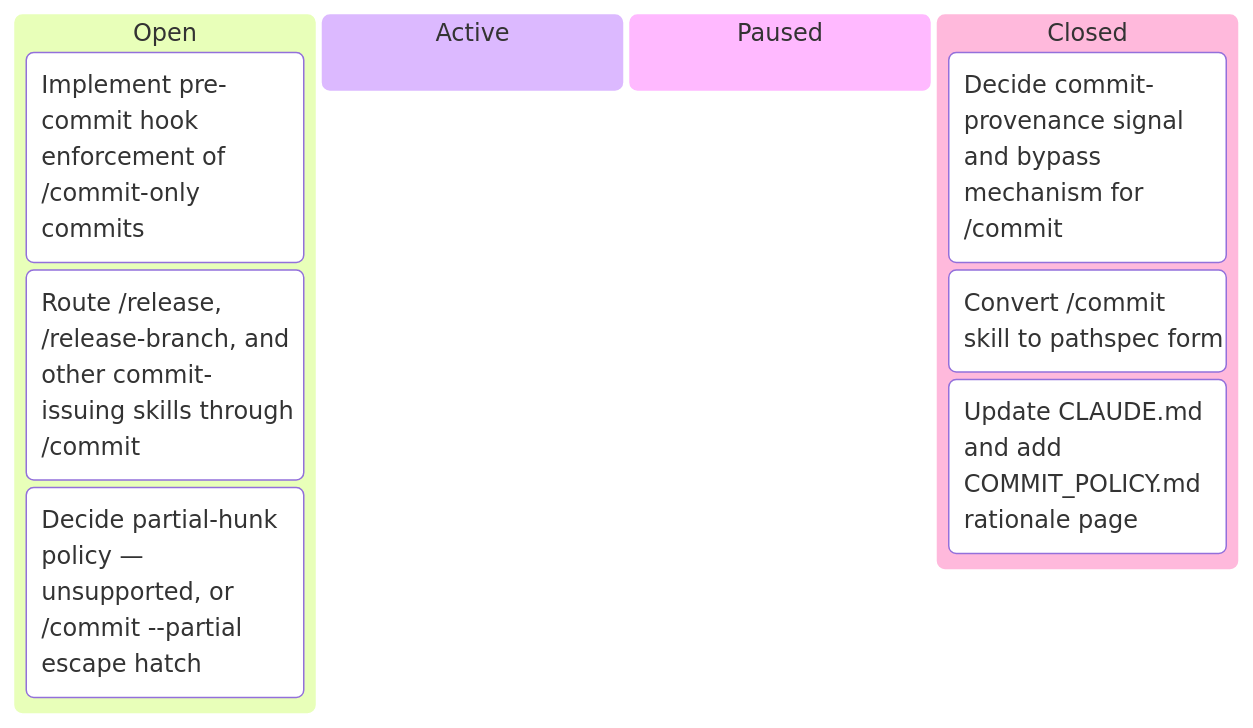
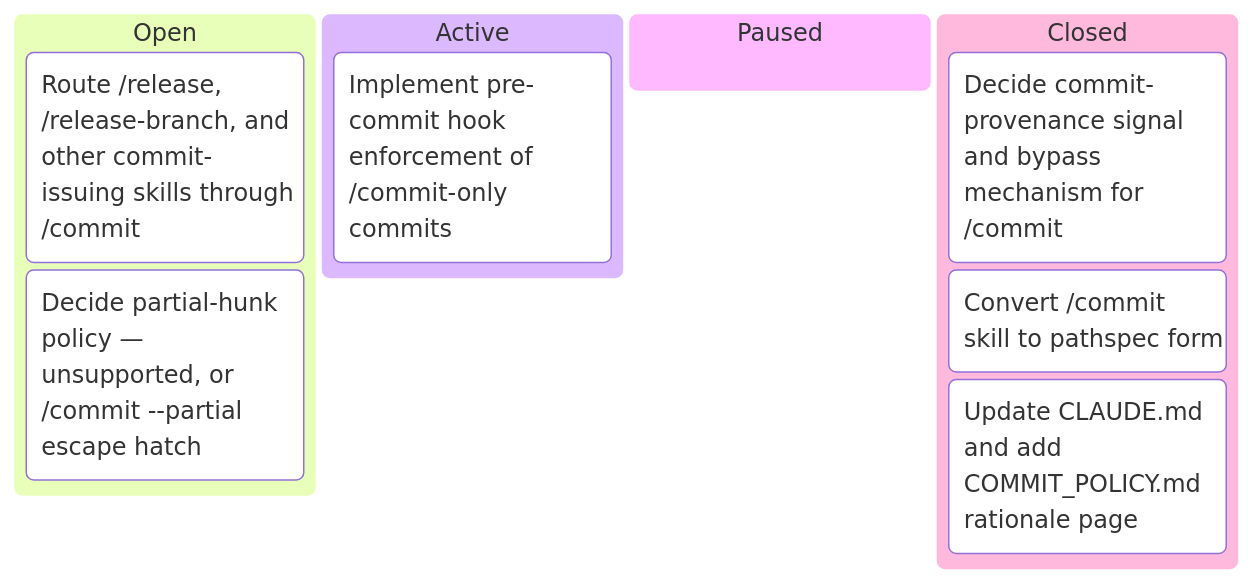
The first of 6 diagrams in docs/developers/tasks/KANBAN.md (tgd1975/AwesomeStudioPedal), drawn with Mermaid before and after one commit. The commit also changed other lines of this file and 16 other files, not shown here.

First line of the commit message:
fix(ci): close TASK-321 — Mermaid lint, clang-tidy, and local-vs-CI gap

````diff
--- a/docs/developers/tasks/KANBAN.md
+++ b/docs/developers/tasks/KANBAN.md
@@ -11,13 +11,13 @@
 ```mermaid
 kanban
   Open
-    TASK_325["Implement pre-commit hook enforcement of /commit-only commits"]
     TASK_326["Route /release, /release-branch, and other commit-issuing skills through /commit"]
     TASK_327["Decide partial-hunk policy — unsupported, or /commit --partial escape hatch"]
   Active
+    TASK_325["Implement pre-commit hook enforcement of /commit-only commits"]
   Paused
   Closed
     TASK_322["Decide commit-provenance signal and bypass mechanism for /commit"]
     TASK_323["Convert /commit skill to pathspec form"]
     TASK_324["Update CLAUDE.md and add COMMIT_POLICY.md rationale page"]
 ```
````
